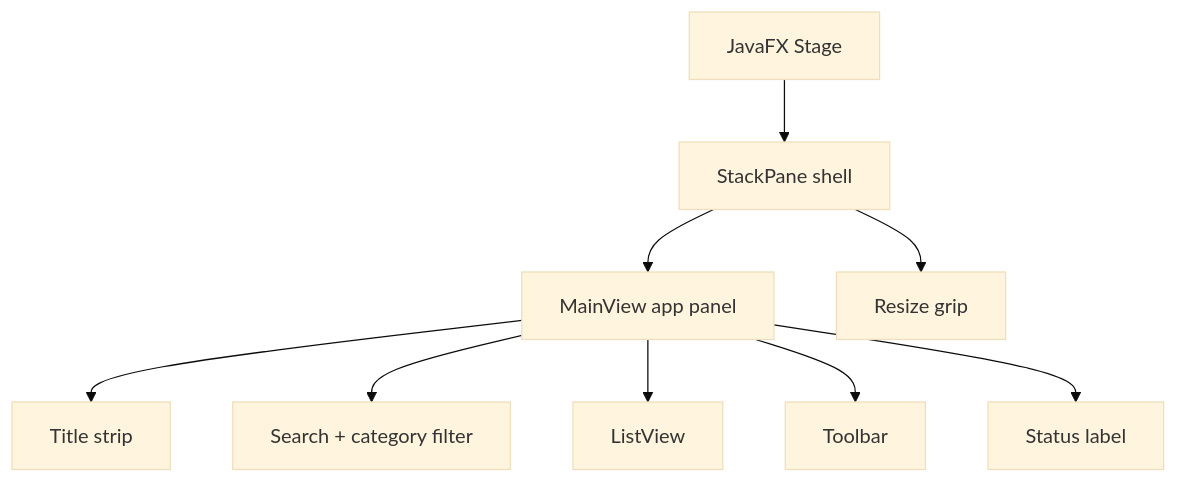
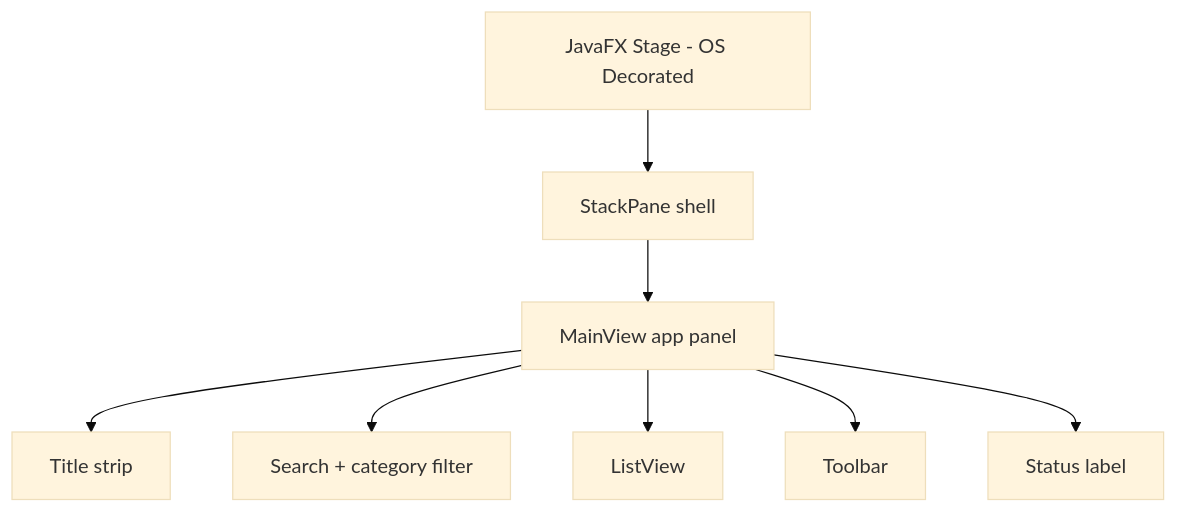
Before and after one commit to viruchith/PromptButler: the second of 4 diagrams in TECHNICAL.md, drawn with Mermaid (base theme). The commit also changed other lines of this file and 11 other files, not shown here.

````diff
--- a/TECHNICAL.md
+++ b/TECHNICAL.md
@@ -92,11 +92,10 @@
 ```mermaid
 flowchart TD
-    Stage[JavaFX Stage] --> Shell[StackPane shell]
+    Stage[JavaFX Stage - OS Decorated] --> Shell[StackPane shell]
     Shell --> MainView[MainView app panel]
-    Shell --> Grip[Resize grip]
     MainView --> Title[Title strip]
     MainView --> Search[Search + category filter]
     MainView --> List[ListView]
     MainView --> Toolbar[Toolbar]
     MainView --> Status[Status label]
 ```
````
